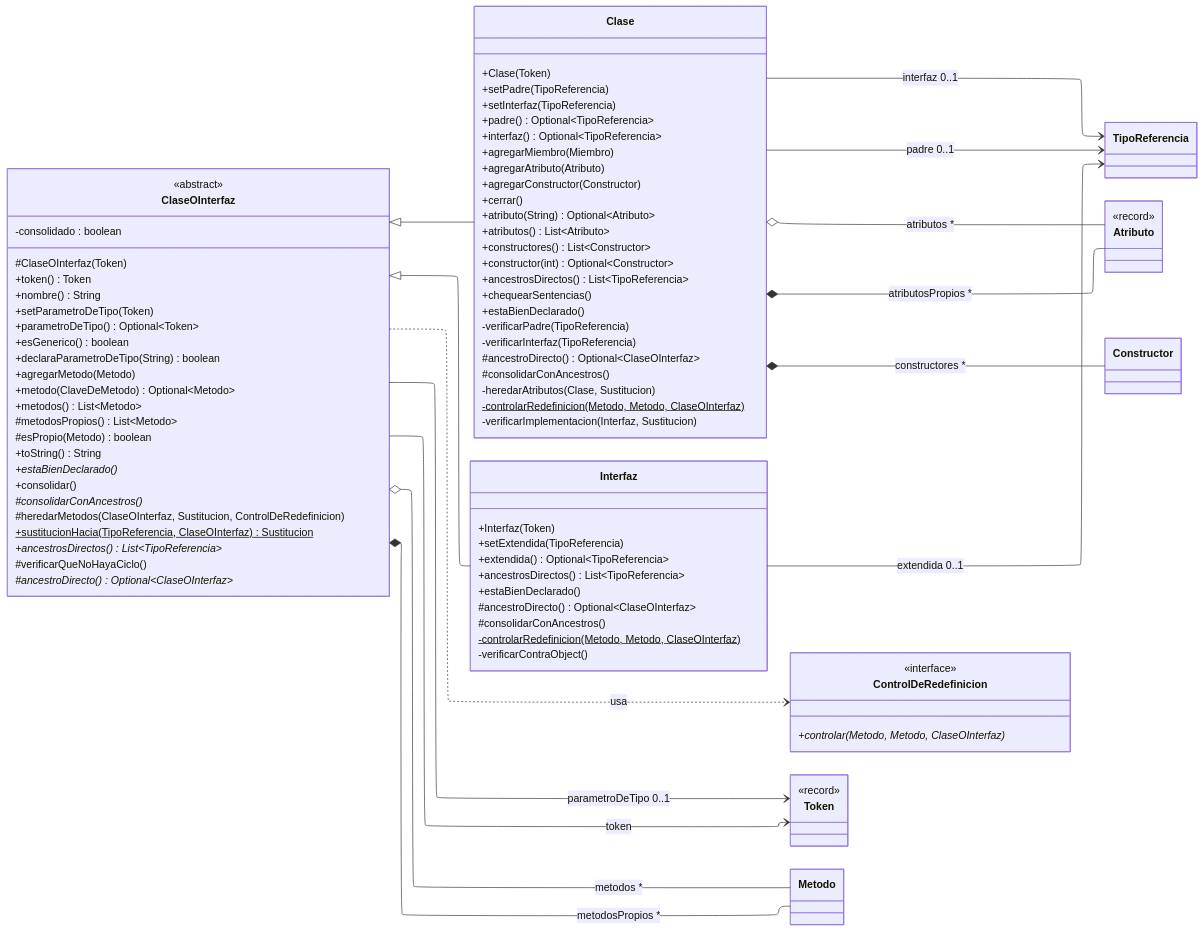
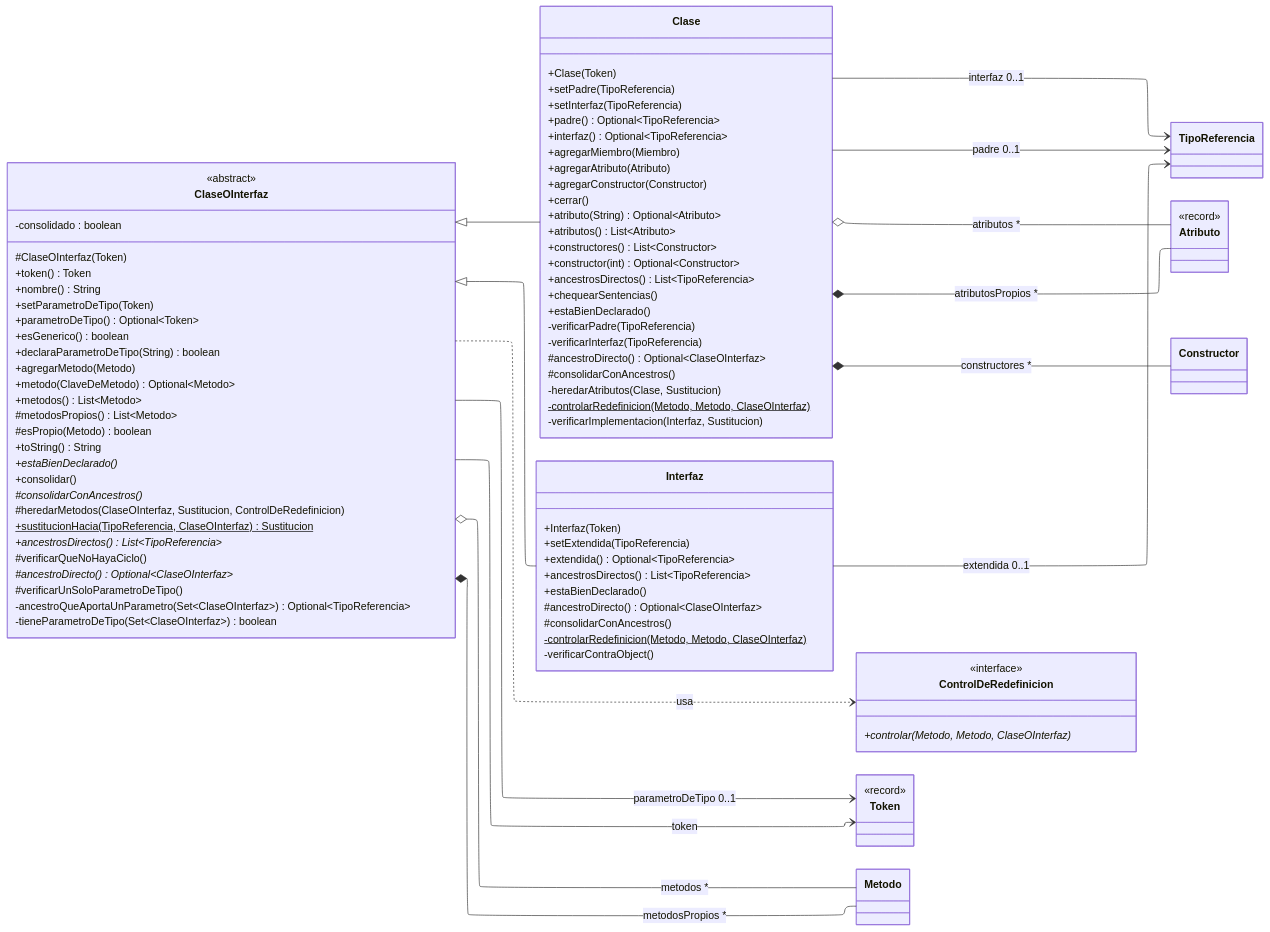
Before and after one commit to agustinpaul0/Proyecto-CEI: the third of 5 diagrams in documentacion/semantico/arquitectura-del-analizador-semantico.md, drawn with Mermaid. The commit also changed 5 other files, not shown here.

Commit message:
Actualiza los diagramas y regenera el informe de la Etapa 4

```diff
--- a/documentacion/semantico/arquitectura-del-analizador-semantico.md
+++ b/documentacion/semantico/arquitectura-del-analizador-semantico.md
@@ -166,6 +166,9 @@
         +ancestrosDirectos()* List~TipoReferencia~
         #verificarQueNoHayaCiclo()
         #ancestroDirecto()* Optional~ClaseOInterfaz~
+        #verificarUnSoloParametroDeTipo()
+        -ancestroQueAportaUnParametro(Set~ClaseOInterfaz~) Optional~TipoReferencia~
+        -tieneParametroDeTipo(Set~ClaseOInterfaz~) boolean
     }
     class ControlDeRedefinicion {
         <<interface>>
```
